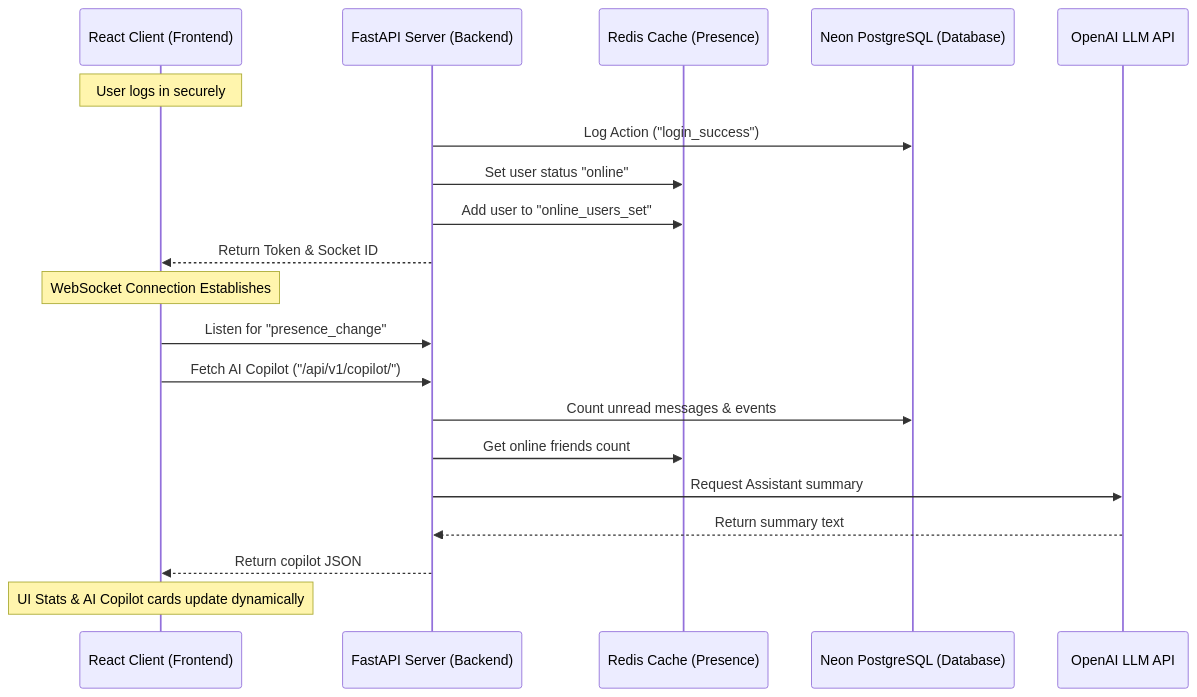
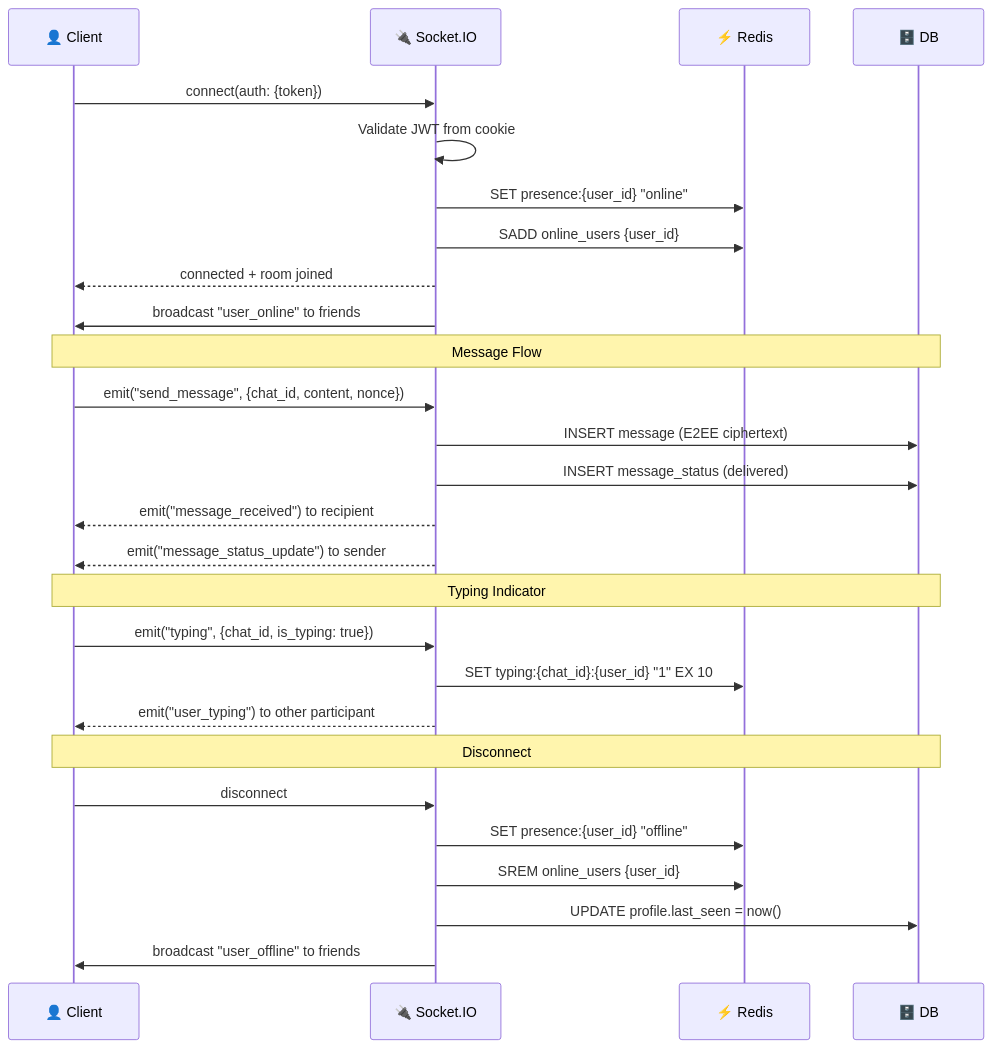
One commit to PriyanshuMohanty2611/CONNECT-SON changed the fourth of 7 diagrams in README.md. Above: the diagram before and after it, drawn with Mermaid. The commit also changed other lines of this file and 22 other files, not shown here.

````diff
--- a/README.md
+++ b/README.md
@@ -75,24 +271,33 @@
 ```mermaid
 sequenceDiagram
-    participant Client as React Client (Frontend)
-    participant Server as FastAPI Server (Backend)
-    participant Redis as Redis Cache (Presence)
-    participant DB as Neon PostgreSQL (Database)
-    participant OpenAI as OpenAI LLM API
+    participant C as 👤 Client
+    participant SIO as 🔌 Socket.IO
+    participant Redis as ⚡ Redis
+    participant DB as 🗄️ DB
 
-    Note over Client: User logs in securely
-    Server->>DB: Log Action ("login_success")
-    Server->>Redis: Set user status "online"
-    Server->>Redis: Add user to "online_users_set"
-    Server-->>Client: Return Token & Socket ID
+    C->>SIO: connect(auth: {token})
+    SIO->>SIO: Validate JWT from cookie
+    SIO->>Redis: SET presence:{user_id} "online"
+    SIO->>Redis: SADD online_users {user_id}
+    SIO-->>C: connected + room joined
+    SIO->>C: broadcast "user_online" to friends
 
-    Note over Client: WebSocket Connection Establishes
-    Client->>Server: Listen for "presence_change"
-    Client->>Server: Fetch AI Copilot ("/api/v1/copilot/")
-    Server->>DB: Count unread messages & events
-    Server->>Redis: Get online friends count
-    Server->>OpenAI: Request Assistant summary
-    OpenAI-->>Server: Return summary text
-    Server-->>Client: Return copilot JSON
-    Note over Client: UI Stats & AI Copilot cards update dynamically
+    Note over C, DB: Message Flow
+    C->>SIO: emit("send_message", {chat_id, content, nonce})
+    SIO->>DB: INSERT message (E2EE ciphertext)
+    SIO->>DB: INSERT message_status (delivered)
+    SIO-->>C: emit("message_received") to recipient
+    SIO-->>C: emit("message_status_update") to sender
+
+    Note over C, DB: Typing Indicator
+    C->>SIO: emit("typing", {chat_id, is_typing: true})
+    SIO->>Redis: SET typing:{chat_id}:{user_id} "1" EX 10
+    SIO-->>C: emit("user_typing") to other participant
+
+    Note over C, DB: Disconnect
+    C->>SIO: disconnect
+    SIO->>Redis: SET presence:{user_id} "offline"
+    SIO->>Redis: SREM online_users {user_id}
+    SIO->>DB: UPDATE profile.last_seen = now()
+    SIO->>C: broadcast "user_offline" to friends
 ```
````
